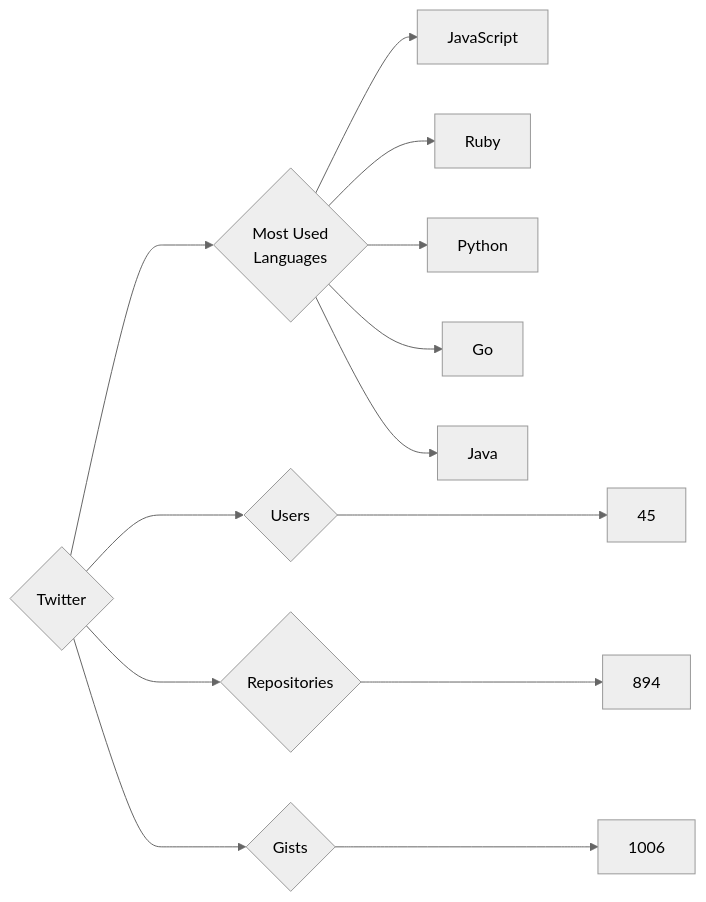
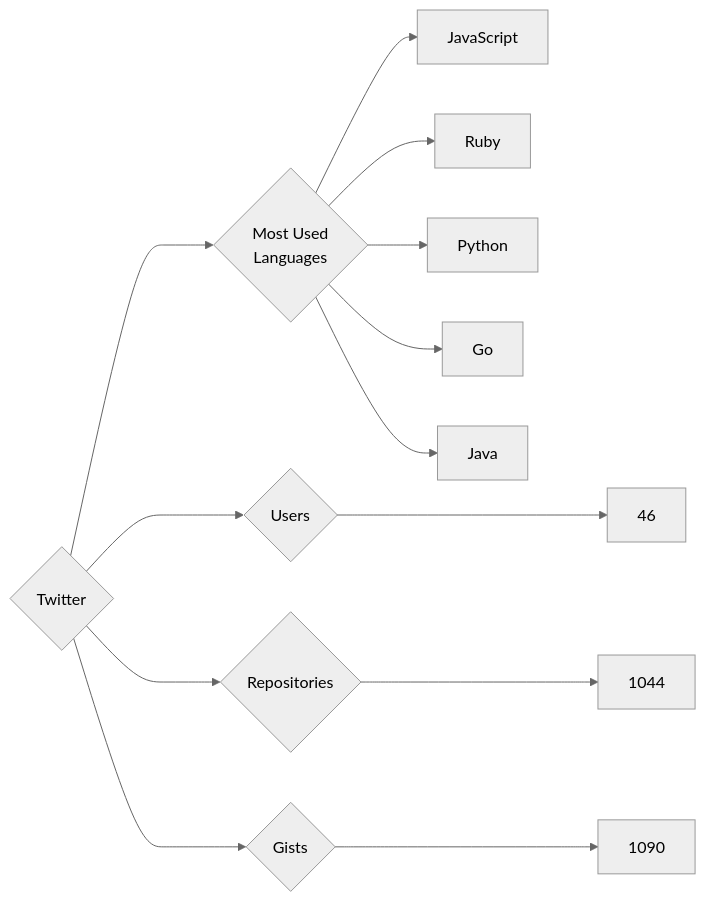
One commit to trickest/insiders changed the diagram in targets/Twitter/README.md. Above: the diagram before and after it, drawn with Mermaid (neutral theme). The commit also changed 920 other files, not shown here.

````diff
--- a/targets/Twitter/README.md
+++ b/targets/Twitter/README.md
@@ -3,13 +3,13 @@
 ```mermaid
 graph LR
 COMPANY_NAME{Twitter}
-COMPANY_NAME ---> U{Users} ---> UN[45]
-COMPANY_NAME ---> R{Repositories} ---> RN[894]
-COMPANY_NAME ---> G{Gists} ---> GN[1006]
+COMPANY_NAME ---> U{Users} ---> UN[46]
+COMPANY_NAME ---> R{Repositories} ---> RN[1044]
+COMPANY_NAME ---> G{Gists} ---> GN[1090]
 COMPANY_NAME ---> ML{Most Used<br>Languages}
 ML --> JavaScript[JavaScript]
 ML --> Ruby[Ruby]
 ML --> Python[Python]
 ML --> Go[Go]
 ML --> Java[Java]
 ```
````
